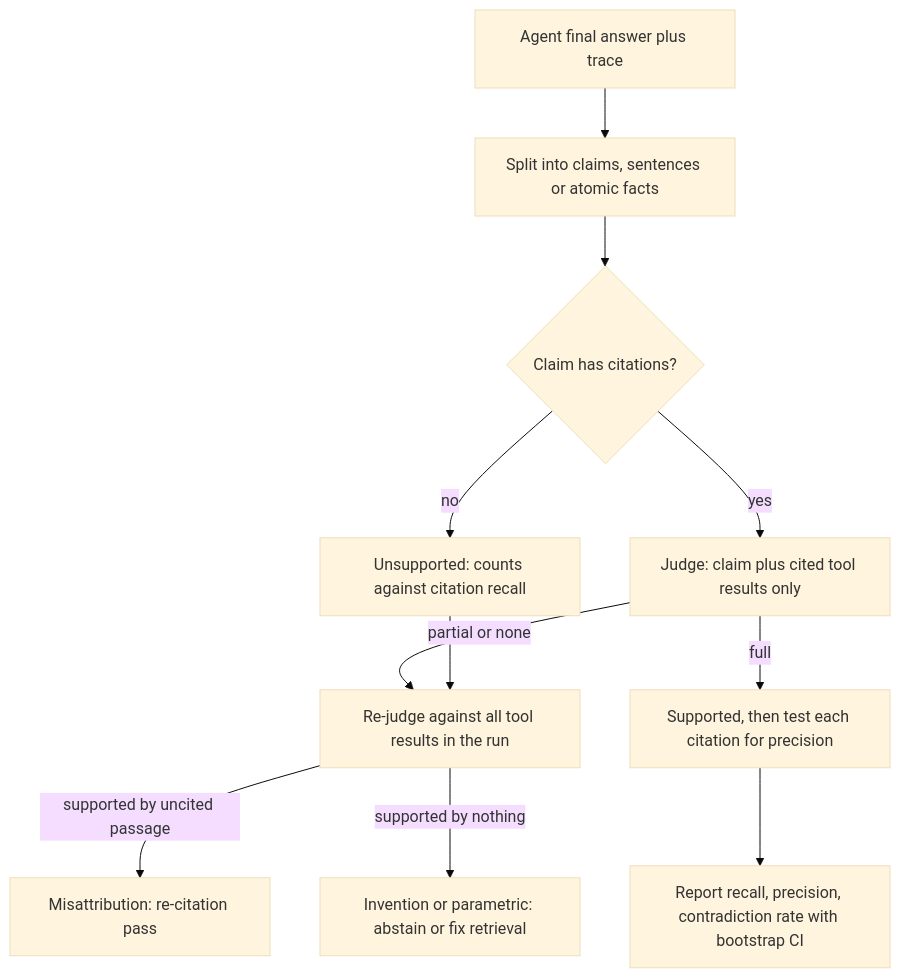
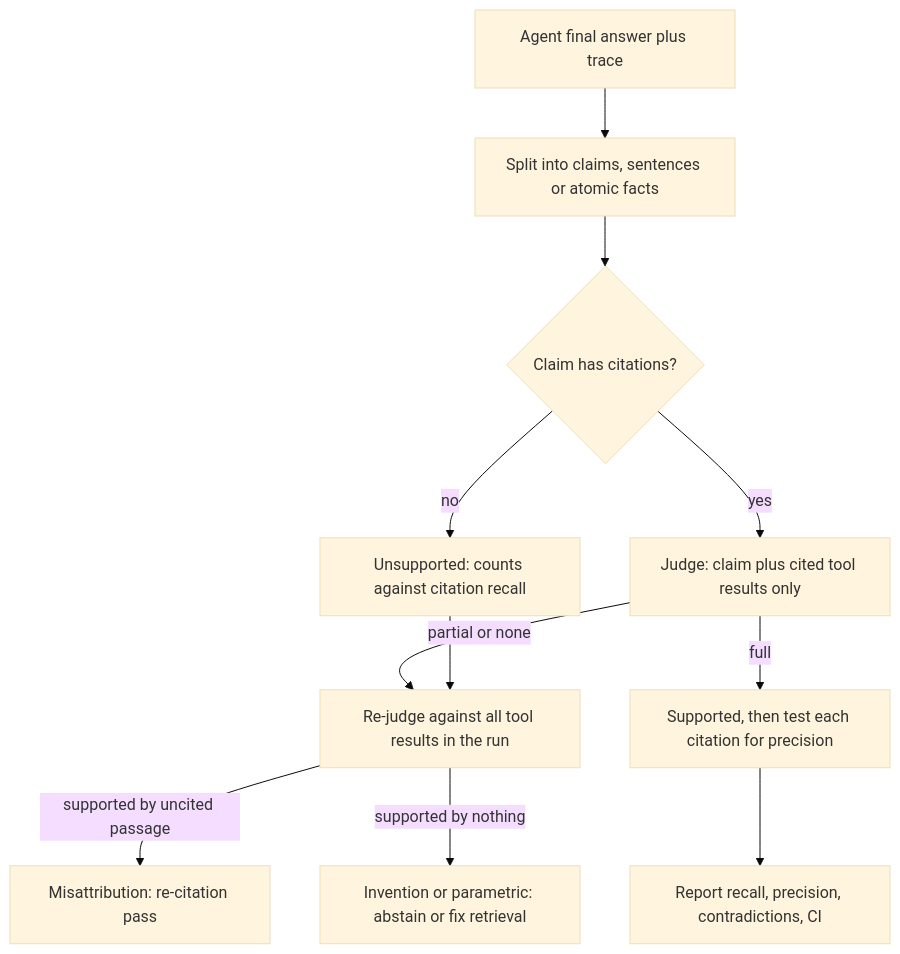
The diagram in content/rag-retrieval/citation-correctness.md (lovishmahajan97/agentic-learning), drawn with Mermaid (base theme) before and after one commit. The commit also changed other lines of this file and 454 other files, not shown here.

````diff
--- a/content/rag-retrieval/citation-correctness.md
+++ b/content/rag-retrieval/citation-correctness.md
@@ -127,13 +127,13 @@
 ```mermaid
 flowchart TD
     A["Agent final answer plus trace"] --> S["Split into claims, sentences or atomic facts"]
     S --> C{"Claim has citations?"}
     C -->|"no"| U["Unsupported: counts against citation recall"]
     C -->|"yes"| J["Judge: claim plus cited tool results only"]
     J -->|"full"| F["Supported, then test each citation for precision"]
     J -->|"partial or none"| X["Re-judge against all tool results in the run"]
     U --> X
     X -->|"supported by uncited passage"| M["Misattribution: re-citation pass"]
     X -->|"supported by nothing"| I["Invention or parametric: abstain or fix retrieval"]
-    F --> R["Report recall, precision, contradiction rate with bootstrap CI"]
+    F --> R["Report recall, precision, contradictions, CI"]
 ```
````
